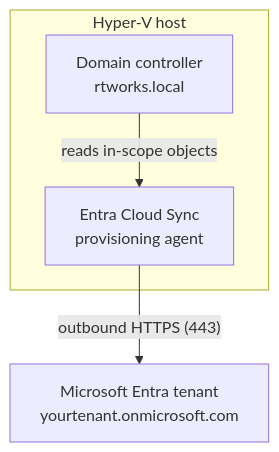
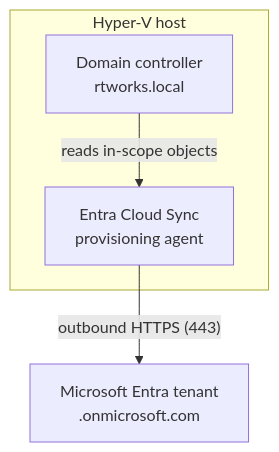
One commit to RashidT/entra-hybrid-identity-lab changed the first of 2 diagrams in docs/architecture.md. Above: the diagram before and after it, drawn with Mermaid. The commit also changed other lines of this file and 5 other files, not shown here.

````diff
--- a/docs/architecture.md
+++ b/docs/architecture.md
@@ -11,9 +11,9 @@
 ```mermaid
 graph TD
     subgraph Host ["Hyper-V host"]
         AD["Domain controller<br/>rtworks.local"]
         Agent["Entra Cloud Sync<br/>provisioning agent"]
         AD -->|"reads in-scope objects"| Agent
     end
-    Agent -->|"outbound HTTPS (443)"| Entra["Microsoft Entra tenant<br/>yourtenant.onmicrosoft.com"]
+    Agent -->|"outbound HTTPS (443)"| Entra["Microsoft Entra tenant<br/><tenant>.onmicrosoft.com"]
 ```
````
